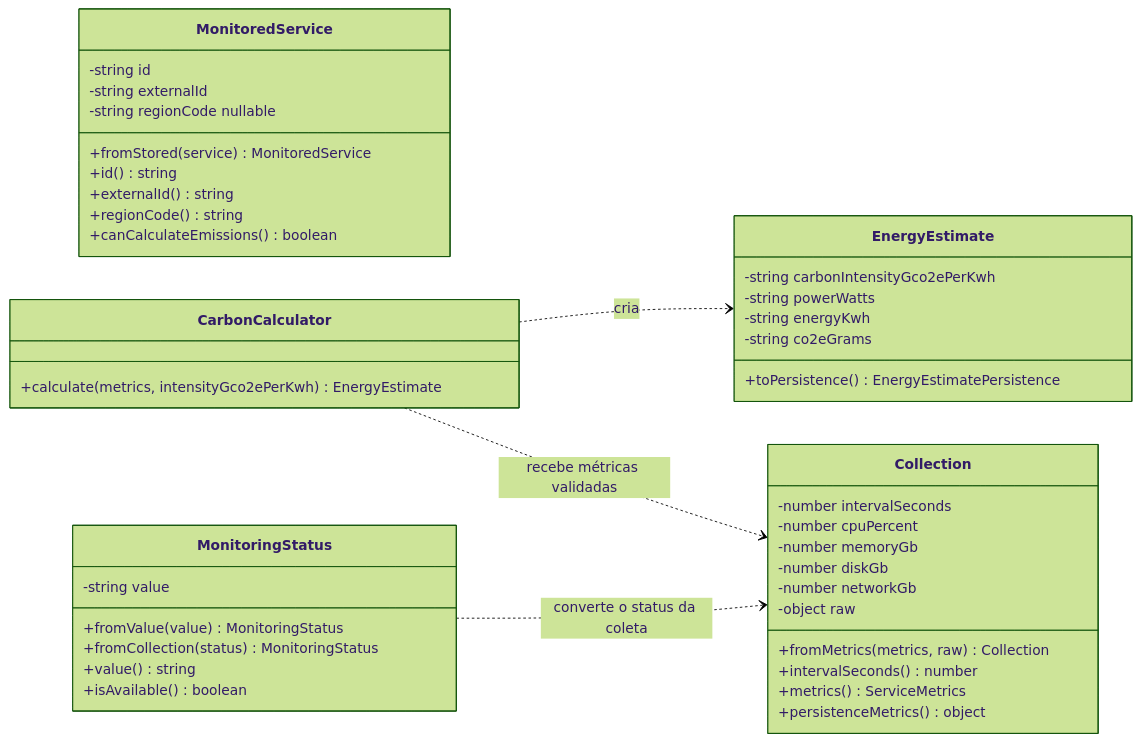
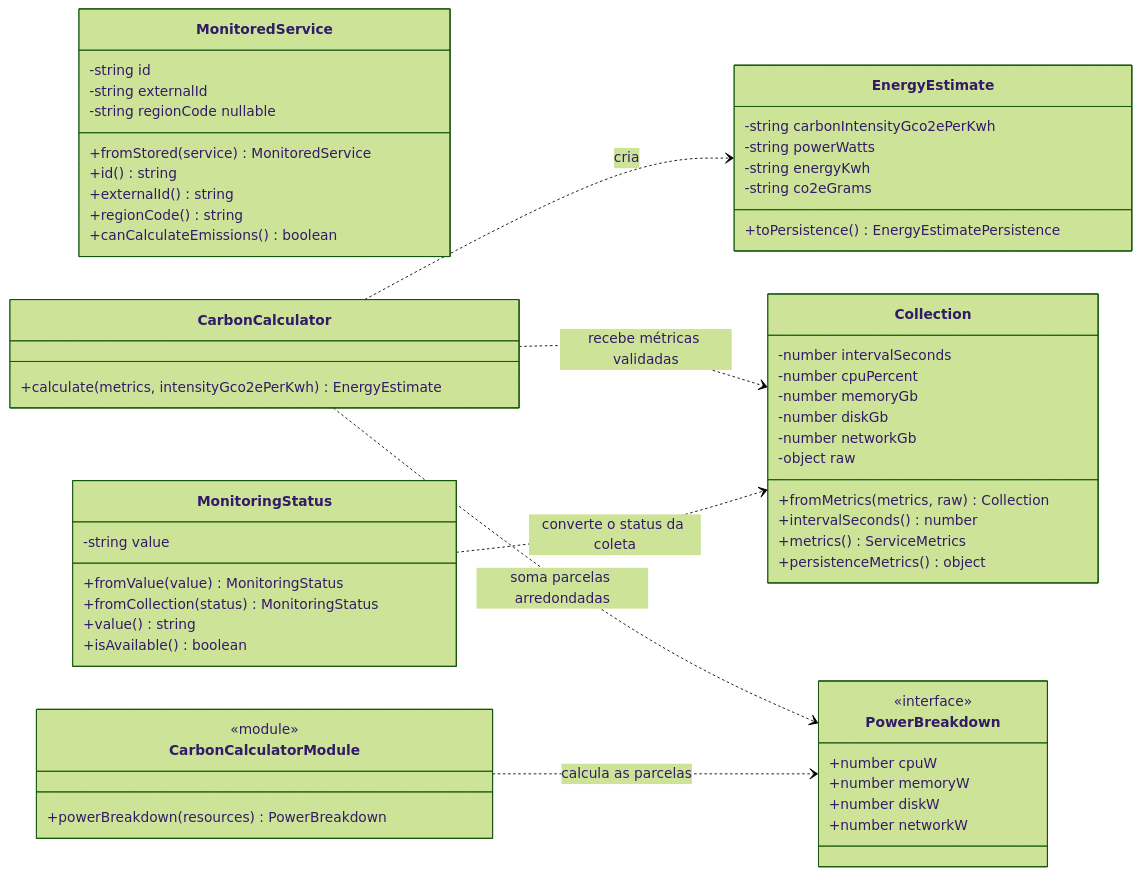
Before and after one commit to DEVassos/ecopulse-app: the third of 5 diagrams in docs/arquitetura/modelagem-uml.md, drawn with Mermaid (forest theme). The commit also changed other lines of this file and 10 other files, not shown here.

````diff
--- a/docs/arquitetura/modelagem-uml.md
+++ b/docs/arquitetura/modelagem-uml.md
@@ -162,46 +162,59 @@
 ```mermaid
 classDiagram
     direction LR
     class MonitoredService {
         -string id
         -string externalId
         -string regionCode nullable
         +fromStored(service) MonitoredService
         +id() string
         +externalId() string
         +regionCode() string
         +canCalculateEmissions() boolean
     }
     class Collection {
         -number intervalSeconds
         -number cpuPercent
         -number memoryGb
         -number diskGb
         -number networkGb
         -object raw
         +fromMetrics(metrics, raw) Collection
         +intervalSeconds() number
         +metrics() ServiceMetrics
         +persistenceMetrics() object
     }
     class EnergyEstimate {
         -string carbonIntensityGco2ePerKwh
         -string powerWatts
         -string energyKwh
         -string co2eGrams
         +toPersistence() EnergyEstimatePersistence
     }
     class CarbonCalculator {
         +calculate(metrics, intensityGco2ePerKwh) EnergyEstimate
     }
+    class PowerBreakdown {
+        <<interface>>
+        +number cpuW
+        +number memoryW
+        +number diskW
+        +number networkW
+    }
+    class CarbonCalculatorModule {
+        <<module>>
+        +powerBreakdown(resources) PowerBreakdown
+    }
     class MonitoringStatus {
         -string value
         +fromValue(value) MonitoringStatus
         +fromCollection(status) MonitoringStatus
         +value() string
         +isAvailable() boolean
     }
     CarbonCalculator ..> EnergyEstimate : cria
     CarbonCalculator ..> Collection : recebe métricas validadas
+    CarbonCalculator ..> PowerBreakdown : soma parcelas arredondadas
+    CarbonCalculatorModule ..> PowerBreakdown : calcula as parcelas
     MonitoringStatus ..> Collection : converte o status da coleta
 ```
````
